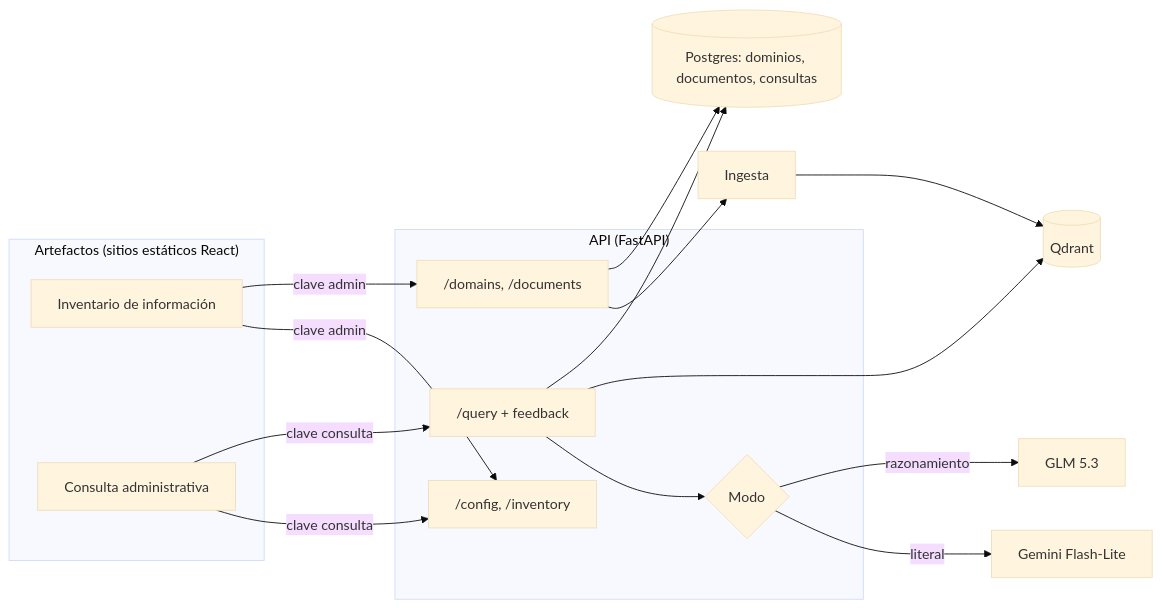
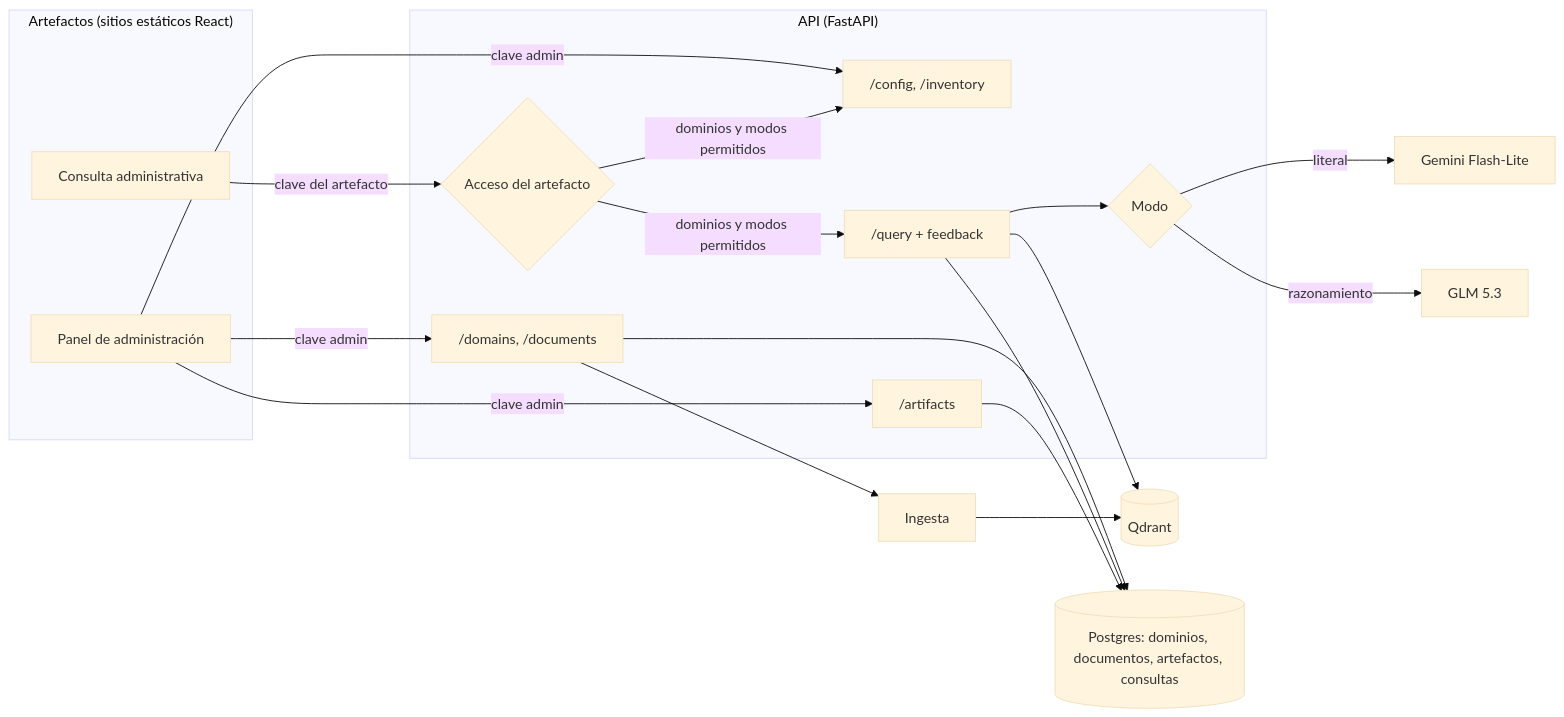
One commit to K-lobiTo/MIA changed the diagram in docs/Definicion_Requerimientos_V2.md. Above: the diagram before and after it, drawn with Mermaid (base theme). The commit also changed other lines of this file and 2 other files, not shown here.

Commit message:
Convertir el inventario en un panel de administración con configuración de acceso por artefacto

````diff
--- a/docs/Definicion_Requerimientos_V2.md
+++ b/docs/Definicion_Requerimientos_V2.md
@@ -123,24 +197,27 @@
 ```mermaid
 flowchart LR
     subgraph Artefactos["Artefactos (sitios estáticos React)"]
-        INV[Inventario de información]
+        ADM[Panel de administración]
         CON[Consulta administrativa]
     end
 
     subgraph API["API (FastAPI)"]
         CFG["/config, /inventory"]
         DOM["/domains, /documents"]
+        ART["/artifacts"]
+        ACC{Acceso del artefacto}
         Q["/query + feedback"]
         MODOS{Modo}
     end
 
-    INV -->|clave admin| CFG & DOM
-    CON -->|clave consulta| CFG & Q
+    ADM -->|clave admin| CFG & DOM & ART
+    CON -->|clave del artefacto| ACC
+    ACC -->|dominios y modos permitidos| CFG & Q
     Q --> MODOS
     MODOS -->|literal| GEM[Gemini Flash-Lite]
     MODOS -->|razonamiento| GLM[GLM 5.3]
     DOM --> ING[Ingesta]
     ING --> QD[(Qdrant)]
     Q --> QD
-    DOM & Q --> PG[(Postgres: dominios, documentos, consultas)]
+    DOM & Q & ART --> PG[(Postgres: dominios, documentos, artefactos, consultas)]
 ```
````
